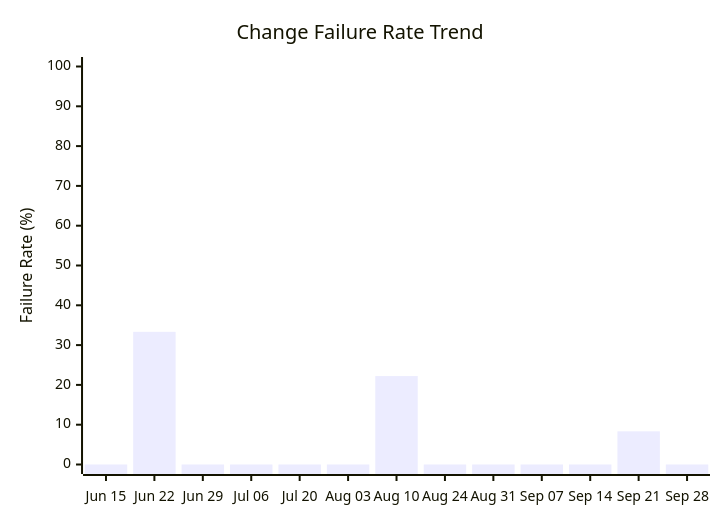
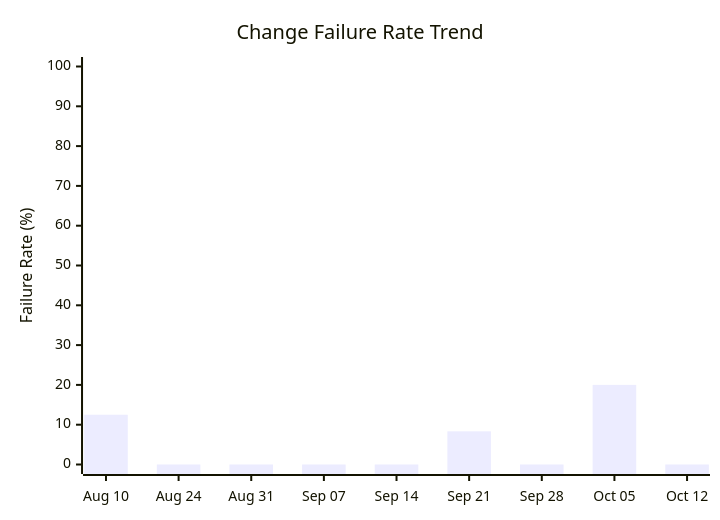
One commit to ukma-cs-ssdm-2025/rate-ukma changed the fourth of 4 diagrams in docs/ci-cd/dora-summary.md. Above: the diagram before and after it, drawn with Mermaid. The commit also changed other lines of this file, not shown here.

````diff
--- a/docs/ci-cd/dora-summary.md
+++ b/docs/ci-cd/dora-summary.md
@@ -71,7 +69,7 @@
 ```mermaid
 xychart-beta
     title "Change Failure Rate Trend"
-    x-axis ["Jun 15", "Jun 22", "Jun 29", "Jul 06", "Jul 20", "Aug 03", "Aug 10", "Aug 24", "Aug 31", "Sep 07", "Sep 14", "Sep 21", "Sep 28"]
+    x-axis ["Aug 10", "Aug 24", "Aug 31", "Sep 07", "Sep 14", "Sep 21", "Sep 28", "Oct 05", "Oct 12"]
     y-axis "Failure Rate (%)" 0 --> 100
-    bar [0.00, 33.33, 0.00, 0.00, 0.00, 0.00, 22.22, 0.00, 0.00, 0.00, 0.00, 8.33, 0.00]
+    bar [12.50, 0.00, 0.00, 0.00, 0.00, 8.33, 0.00, 20.00, 0.00]
 ```
````
